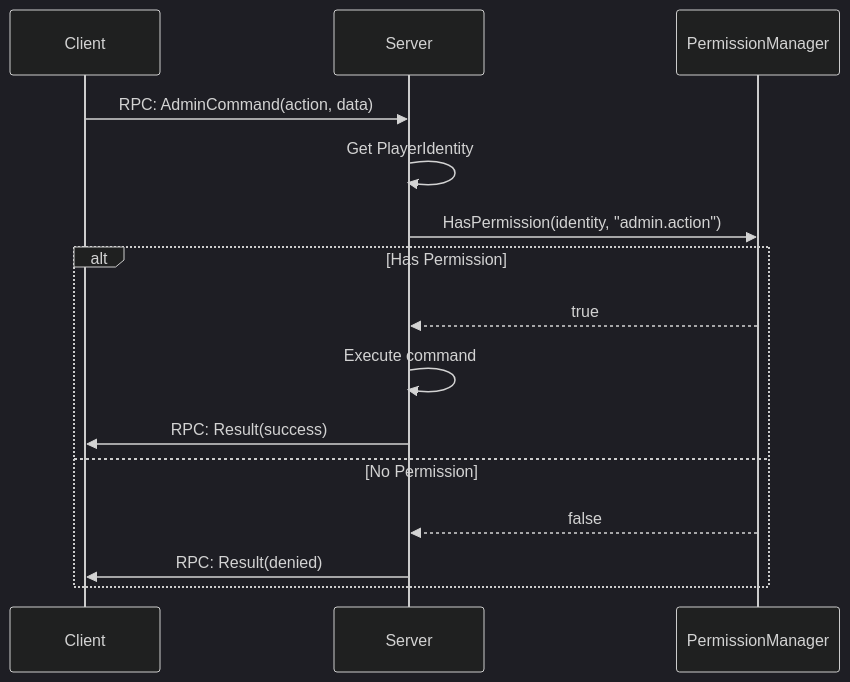
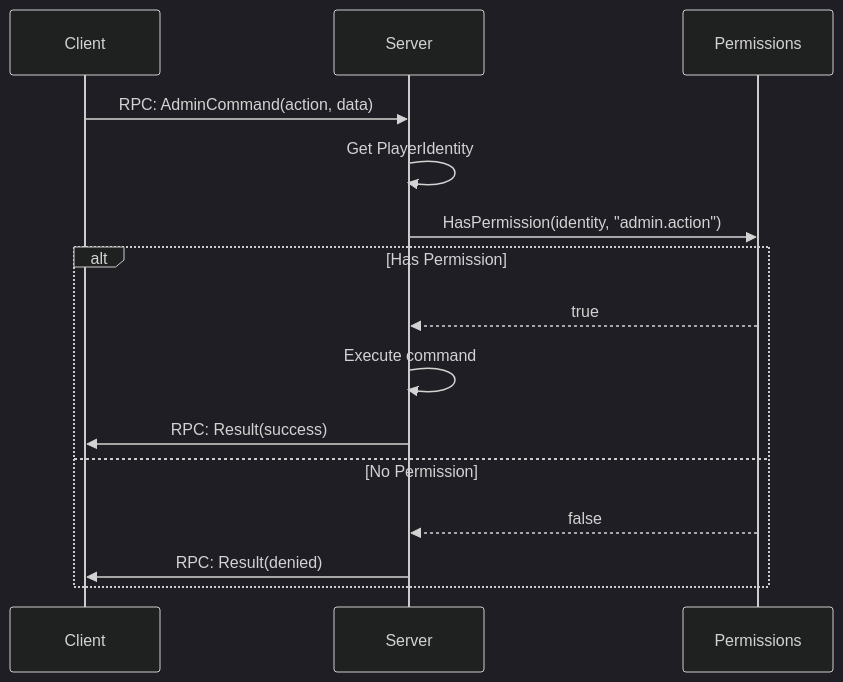
One commit to Da4EvaN00b/DayZ-Modding-Wiki changed the diagram in en/06-engine-api/22-admin-server.md. Above: the diagram before and after it, drawn with Mermaid (dark theme). The commit also changed other lines of this file and 104 other files, not shown here.

````diff
--- a/en/06-engine-api/22-admin-server.md
+++ b/en/06-engine-api/22-admin-server.md
@@ -386,18 +480,18 @@
 ```mermaid
 sequenceDiagram
     participant C as Client
     participant S as Server
-    participant P as PermissionManager
+    participant P as Permissions
 
     C->>S: RPC: AdminCommand(action, data)
     S->>S: Get PlayerIdentity
     S->>P: HasPermission(identity, "admin.action")
     alt Has Permission
         P-->>S: true
         S->>S: Execute command
         S->>C: RPC: Result(success)
     else No Permission
         P-->>S: false
         S->>C: RPC: Result(denied)
     end
 ```
````
